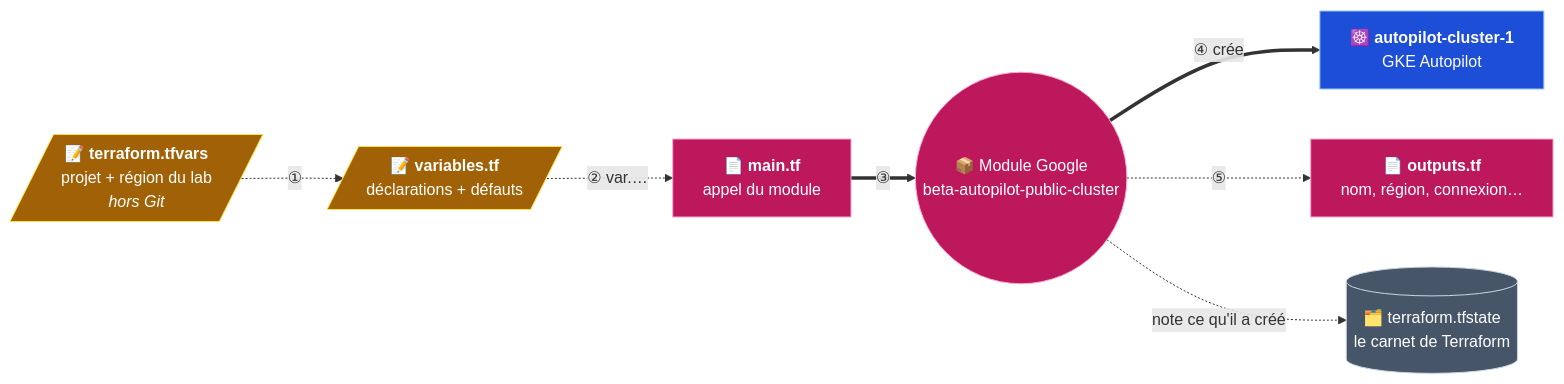
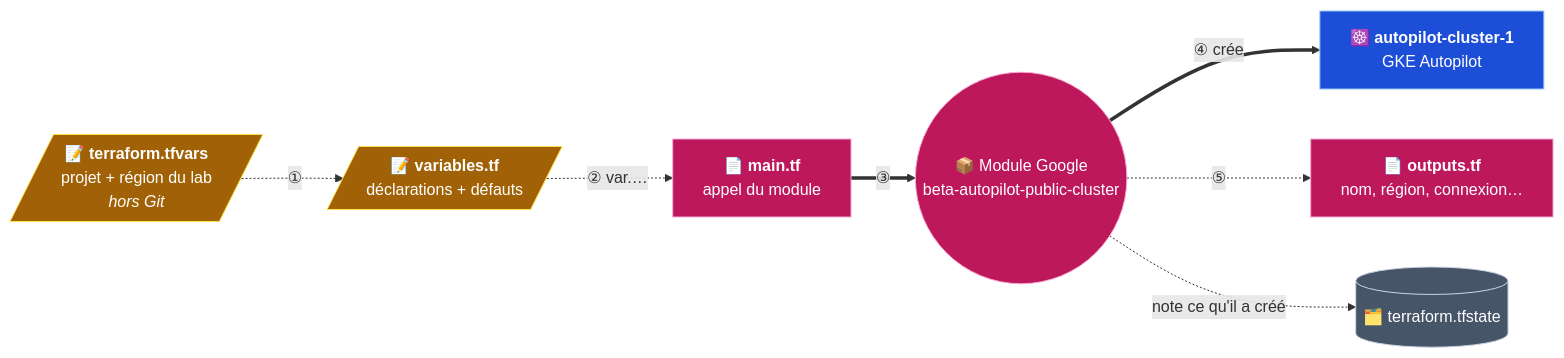
One commit to MartinFraysse/cloud-ia-project changed the diagram in Project-2/docs/07-cluster-gke-terraform.md. Above: the diagram before and after it, drawn with Mermaid. The commit also changed other lines of this file and 22 other files, not shown here.

````diff
--- a/Project-2/docs/07-cluster-gke-terraform.md
+++ b/Project-2/docs/07-cluster-gke-terraform.md
@@ -19,26 +19,26 @@
 ```mermaid
 flowchart LR
     TFV[/"📝 <b>terraform.tfvars</b><br/>projet + région du lab<br/><i>hors Git</i>"/]
     VAR[/"📝 <b>variables.tf</b><br/>déclarations + défauts"/]
     MAIN["📄 <b>main.tf</b><br/>appel du module"]
     MOD(("📦 Module Google<br/>beta-autopilot-public-cluster"))
     GKE["☸️ <b>autopilot-cluster-1</b><br/>GKE Autopilot"]
     OUT["📄 <b>outputs.tf</b><br/>nom, région, connexion…"]
-    ST[("🗂️ terraform.tfstate<br/>le carnet de Terraform")]
+    ST[("🗂️ terraform.tfstate")]
 
     TFV -.->|"①"| VAR
     VAR -.->|"② var.…"| MAIN
     MAIN ==>|"③"| MOD
     MOD ==>|"④ crée"| GKE
     MOD -.->|"⑤"| OUT
     MOD -.->|"note ce qu'il a créé"| ST
 
     classDef tf fill:#be185d,stroke:#f9a8d4,color:#fff
     classDef cm fill:#a16207,stroke:#fde047,color:#fff
     classDef dep fill:#1d4ed8,stroke:#93c5fd,color:#fff
     classDef tool fill:#475569,stroke:#cbd5e1,color:#fff
     class MAIN,MOD,OUT tf
     class TFV,VAR cm
     class GKE dep
     class ST tool
 ```
````
